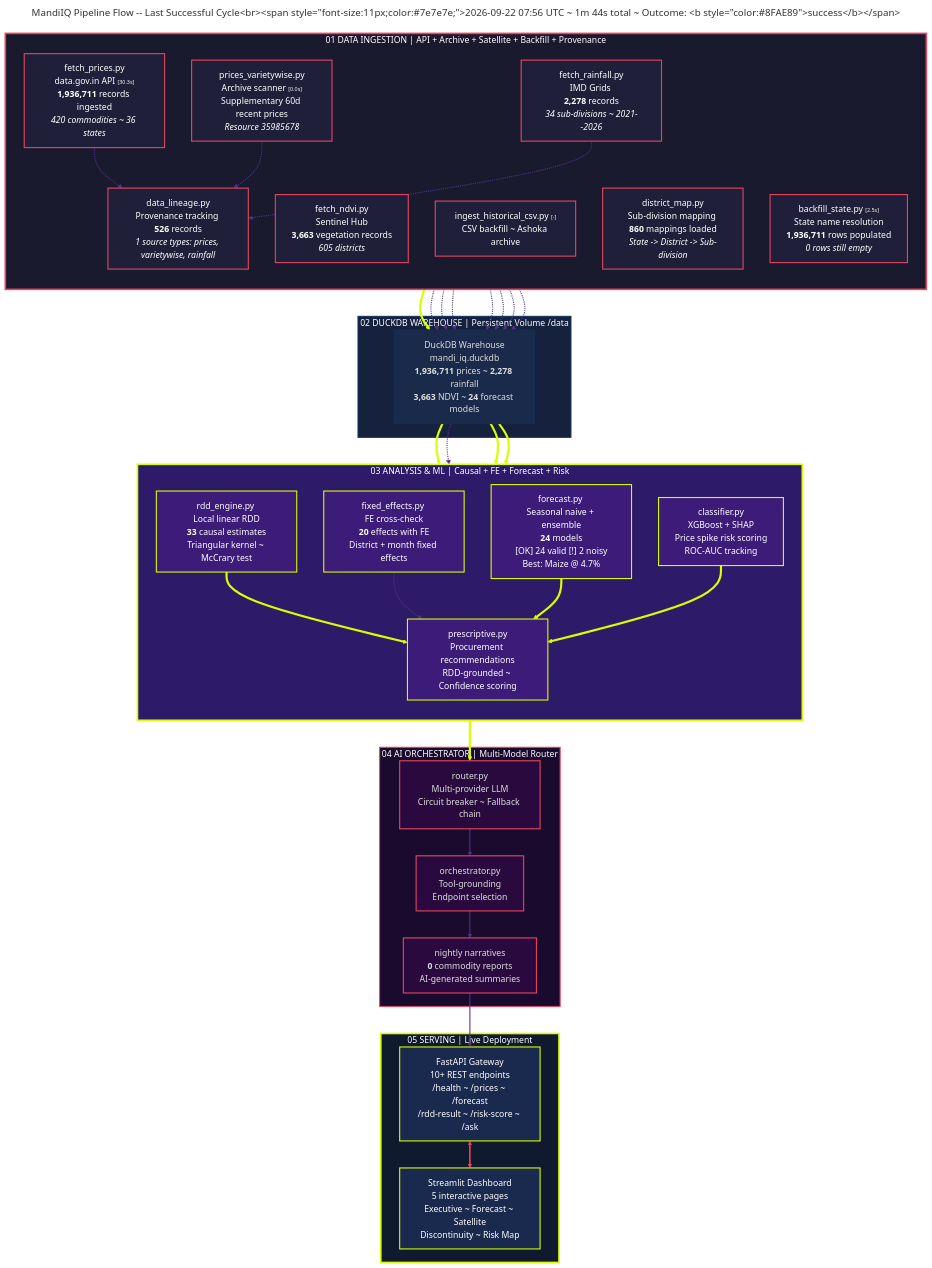
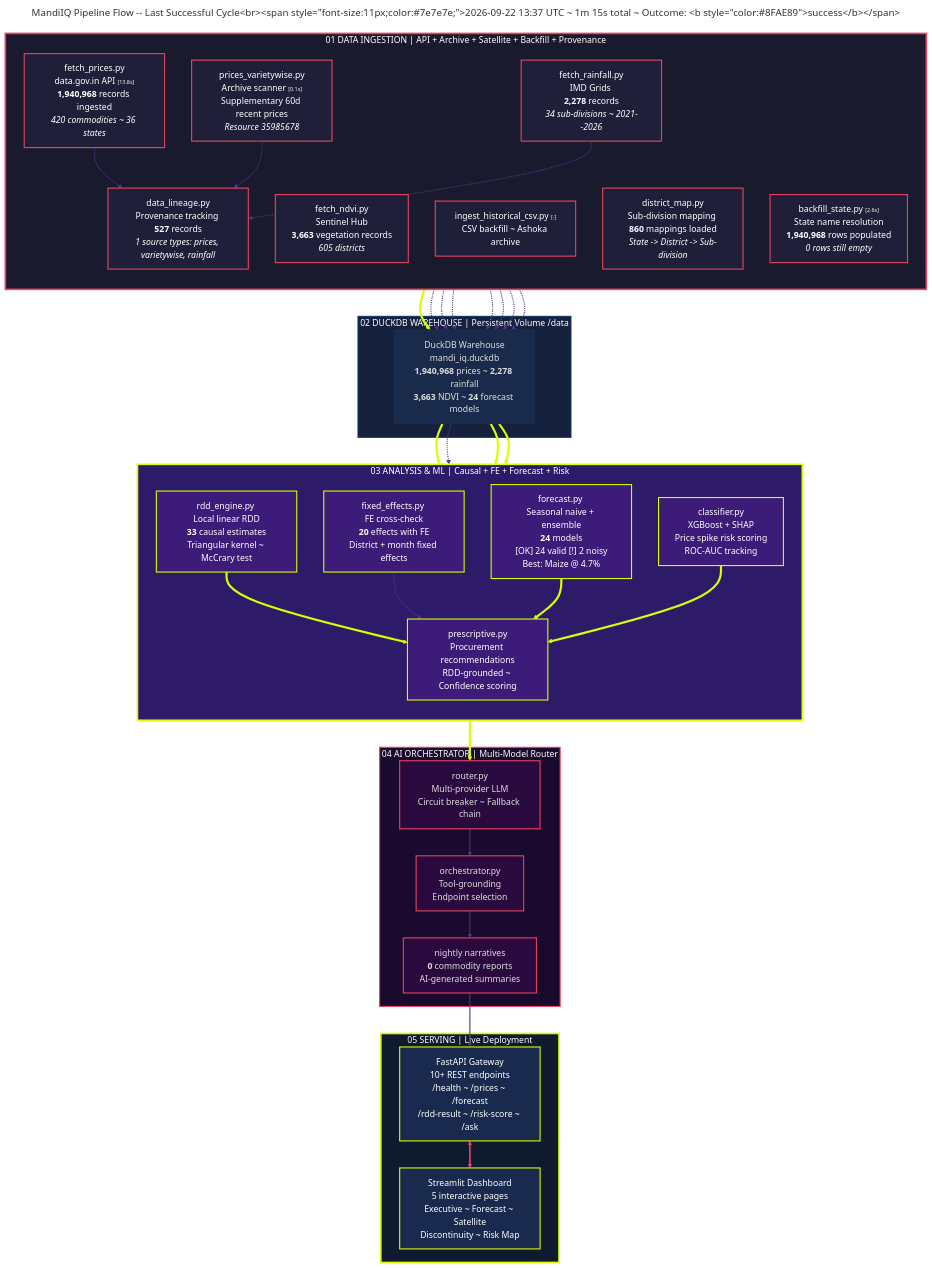
The diagram in diagrams/pipeline-flow-live.mmd (flawsom/test-mandi), drawn with Mermaid before and after one commit. The commit also changed 6 other files, not shown here.

```diff
--- a/diagrams/pipeline-flow-live.mmd
+++ b/diagrams/pipeline-flow-live.mmd
@@ -1,139 +1,139 @@
 ---
-title: "MandiIQ Pipeline Flow -- Last Successful Cycle<br/><span style='font-size:11px;color:#7e7e7e;'>2026-09-22 07:56 UTC ~ 1m 44s total ~ Outcome: <b style='color:#8FAE89'>success</b></span>"
+title: "MandiIQ Pipeline Flow -- Last Successful Cycle<br/><span style='font-size:11px;color:#7e7e7e;'>2026-09-22 13:37 UTC ~ 1m 15s total ~ Outcome: <b style='color:#8FAE89'>success</b></span>"
 ---
 %%{init: {
   "theme": "dark",
   "themeVariables": {
     "primaryColor": "#1a1a2e",
     "primaryTextColor": "#ffffff",
     "primaryBorderColor": "#d7ff00",
     "lineColor": "#d7ff00",
     "secondaryColor": "#16213e",
     "tertiaryColor": "#0f3460",
     "mainBkg": "#0d0d1a",
     "nodeBorder": "#533483",
     "clusterBkg": "#0a0a12",
     "clusterBorder": "#2a2a4a",
     "titleColor": "#d7ff00",
     "edgeLabelBackground": "#0d0d1a",
     "nodeTextColor": "#ffffff",
     "fontFamily": "\"Space Grotesk\", \"Inter\", sans-serif"
   },
   "flowchart": {
     "useMaxWidth": true,
     "htmlLabels": true,
     "curve": "basis",
     "padding": 20
   }
 }%%
 flowchart TD
     %% Stage 1: DATA INGESTION
     subgraph S1["01 DATA INGESTION  | API + Archive + Satellite + Backfill + Provenance"]
         direction TB
-        A1["fetch_prices.py<br/>data.gov.in API <span style='color:#7e7e7e;font-size:10px;'>[30.3s]</span><br/><b>1,936,711</b> records ingested<br/><i>420 commodities ~ 36 states</i>"]
-        A2["prices_varietywise.py<br/>Archive scanner <span style='color:#7e7e7e;font-size:10px;'>[0.0s]</span><br/>Supplementary 60d recent prices<br/><i>Resource 35985678</i>"]
+        A1["fetch_prices.py<br/>data.gov.in API <span style='color:#7e7e7e;font-size:10px;'>[13.8s]</span><br/><b>1,940,968</b> records ingested<br/><i>420 commodities ~ 36 states</i>"]
+        A2["prices_varietywise.py<br/>Archive scanner <span style='color:#7e7e7e;font-size:10px;'>[0.1s]</span><br/>Supplementary 60d recent prices<br/><i>Resource 35985678</i>"]
         A3["fetch_rainfall.py<br/>IMD Grids <br/><b>2,278</b> records<br/><i>34 sub-divisions ~ 2021--2026</i>"]
         A4["fetch_ndvi.py<br/>Sentinel Hub <br/><b>3,663</b> vegetation records<br/><i>605 districts</i>"]
         A5["ingest_historical_csv.py <span style='color:#7e7e7e;font-size:10px;'>[-]</span><br/>CSV backfill ~ Ashoka archive"]
         A6["district_map.py<br/>Sub-division mapping <br/><b>860</b> mappings loaded<br/><i>State -> District -> Sub-division</i>"]
-        A7["backfill_state.py <span style='color:#7e7e7e;font-size:10px;'>[2.5s]</span><br/>State name resolution<br/><b>1,936,711</b> rows populated<br/><i>0 rows still empty</i>"]
-        A8["data_lineage.py<br/>Provenance tracking <br/><b>526</b> records<br/><i>1 source types: prices, varietywise, rainfall</i>"]
+        A7["backfill_state.py <span style='color:#7e7e7e;font-size:10px;'>[2.6s]</span><br/>State name resolution<br/><b>1,940,968</b> rows populated<br/><i>0 rows still empty</i>"]
+        A8["data_lineage.py<br/>Provenance tracking <br/><b>527</b> records<br/><i>1 source types: prices, varietywise, rainfall</i>"]
     end
 
     %% Stage 2: DUCKDB WAREHOUSE
     subgraph S2["02 DUCKDB WAREHOUSE  | Persistent Volume /data"]
-        B1["DuckDB Warehouse<br/>mandi_iq.duckdb<br/><b>1,936,711</b> prices ~ <b>2,278</b> rainfall<br/><b>3,663</b> NDVI ~ <b>24</b> forecast models"]
+        B1["DuckDB Warehouse<br/>mandi_iq.duckdb<br/><b>1,940,968</b> prices ~ <b>2,278</b> rainfall<br/><b>3,663</b> NDVI ~ <b>24</b> forecast models"]
     end
 
     %% Stage 3: ANALYSIS & ML
     subgraph S3["03 ANALYSIS & ML  | Causal + FE + Forecast + Risk"]
         direction TB
         C1["rdd_engine.py <br/>Local linear RDD<br/><b>33</b> causal estimates<br/>Triangular kernel ~ McCrary test"]
         C2["fixed_effects.py <br/>FE cross-check<br/><b>20</b> effects with FE<br/>District + month fixed effects"]
         C3["forecast.py <br/>Seasonal naive + ensemble<br/><b>24</b> models<br/><span style='color:#8FAE89'>[OK] 24 valid</span> <span style='color:#D9663B'>[!] 2 noisy</span><br/>Best: Maize @ 4.7%"]
         C4["classifier.py <br/>XGBoost + SHAP<br/>Price spike risk scoring<br/>ROC-AUC tracking"]
         C5["prescriptive.py<br/>Procurement recommendations<br/>RDD-grounded ~ Confidence scoring"]
     end
 
     %% Stage 4: AI ORCHESTRATOR
     subgraph S4["04 AI ORCHESTRATOR  | Multi-Model Router"]
         D1["router.py<br/>Multi-provider LLM<br/>Circuit breaker ~ Fallback chain"]
         D2["orchestrator.py<br/>Tool-grounding<br/>Endpoint selection"]
         D3["nightly narratives<br/><b>0</b> commodity reports<br/>AI-generated summaries"]
     end
 
     %% Stage 5: SERVING
     subgraph S5["05 SERVING  | Live Deployment"]
         E1["FastAPI Gateway<br/>10+ REST endpoints<br/>/health ~ /prices ~ /forecast<br/>/rdd-result ~ /risk-score ~ /ask"]
         E2["Streamlit Dashboard<br/>5 interactive pages<br/>Executive ~ Forecast ~ Satellite<br/>Discontinuity ~ Risk Map"]
     end
 
     %% Main flow: ingestion -> warehouse
     A1 ==> B1
     A2 -.-> B1
     A3 -.-> B1
     A4 -.-> B1
     A5 -.-> B1
     A6 -.-> B1
     A7 -.-> B1
 
     %% Main flow: ingestion -> provenance tracking
     A1 -.-> A8
     A2 -.-> A8
     A3 -.-> A8
     A8 -.-> B1
 
     %% Main flow: warehouse -> analysis
     B1 ==> C1
     B1 -.-> C2
     B1 ==> C3
     B1 ==> C4
 
     %% Main flow: analysis -> prescriptive -> AI
     C1 ==> C5
     C2 -.-> C5
     C3 ==> C5
     C4 ==> C5
 
     C5 ==> D1
     D1 ==> D2
     D2 ==> D3
     D3 ==> E1
 
     E1 <==> E2
 
     %% Edge styling: thick = primary path
     linkStyle 0,11,13,14,15,17,18,19 stroke-width:4px,stroke:#d7ff00,fill:none
     linkStyle 1,2,3,4,5,6,7,8,9,10,12,16,20,21,22 stroke-width:2px,stroke:#533483,fill:none
     linkStyle 23 stroke-width:3px,stroke:#e94560,fill:none
 
     %% Stage classes
     classDef stage1 fill:#1a1a2e,stroke:#e94560,stroke-width:3px,color:#fff
     classDef stage1Node fill:#1f1f3a,stroke:#e94560,stroke-width:2px,color:#fff
 
     classDef stage2 fill:#16213e,stroke:#0f3460,stroke-width:2px,color:#fff
     classDef stage2Node fill:#1a2a4a,stroke:#0f3460,stroke-width:1px,color:#ddd
 
     classDef stage3 fill:#2d1b69,stroke:#d7ff00,stroke-width:3px,color:#fff
     classDef stage3Node fill:#3d1b79,stroke:#d7ff00,stroke-width:2px,color:#fff
 
     classDef stage4 fill:#1a0a2e,stroke:#e94560,stroke-width:2px,color:#fff
     classDef stage4Node fill:#2a0a3e,stroke:#e94560,stroke-width:2px,color:#ddd
 
     classDef stage5 fill:#0f1a2e,stroke:#d7ff00,stroke-width:3px,color:#fff
     classDef stage5Node fill:#1a2a4e,stroke:#d7ff00,stroke-width:2px,color:#fff
 
     class S1 stage1
     class A1,A2,A3,A4,A5,A6,A7,A8 stage1Node
 
     class S2 stage2
     class B1 stage2Node
 
     class S3 stage3
     class C1,C2,C3,C4,C5 stage3Node
 
     class S4 stage4
     class D1,D2,D3 stage4Node
 
     class S5 stage5
     class E1,E2 stage5Node
```
